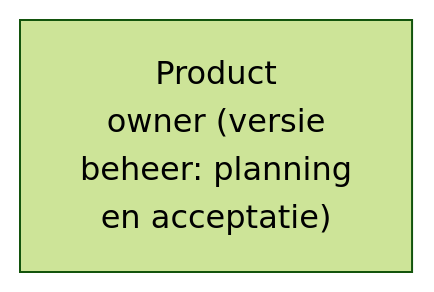
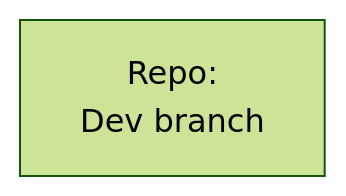
Before and after one commit to open-zaak/samenwerken: the first of 9 diagrams in docs/verslag-ecosysteem-en-rollen.md, drawn with Mermaid (forest theme). The commit also changed other lines of this file, not shown here.

````diff
--- a/docs/verslag-ecosysteem-en-rollen.md
+++ b/docs/verslag-ecosysteem-en-rollen.md
@@ -55,8 +55,5 @@
 ```mermaid
 graph LR
     %% Nodes
-    PO["Product<br/>owner (versie<br/>beheer: planning<br/>en acceptatie)"]
-
-    %% Connections
-    PO
+    Dev1["Repo:<br/>Dev branch"]
 ```
````
